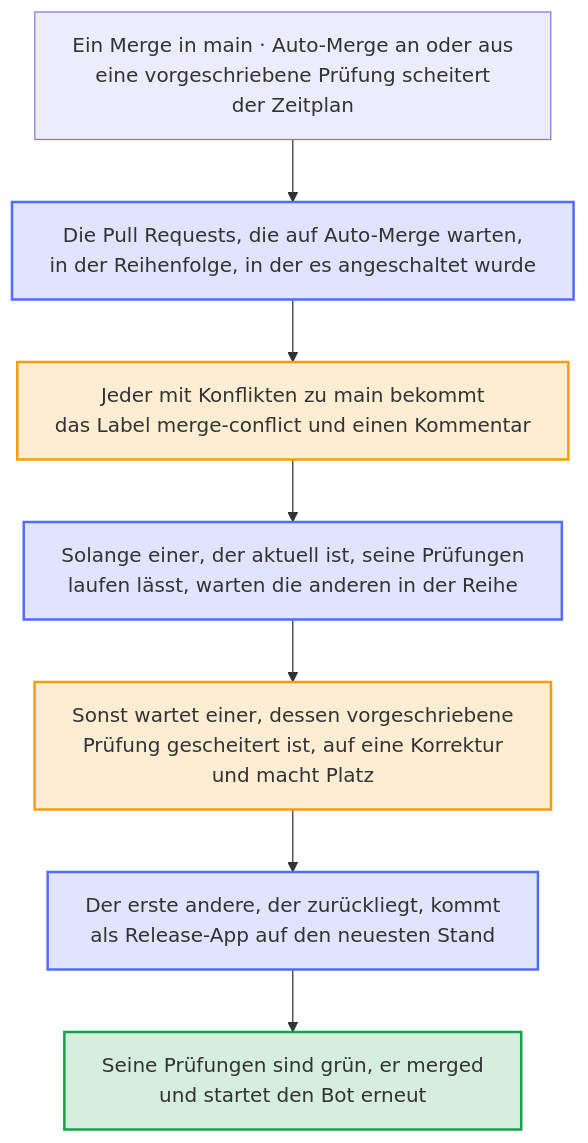
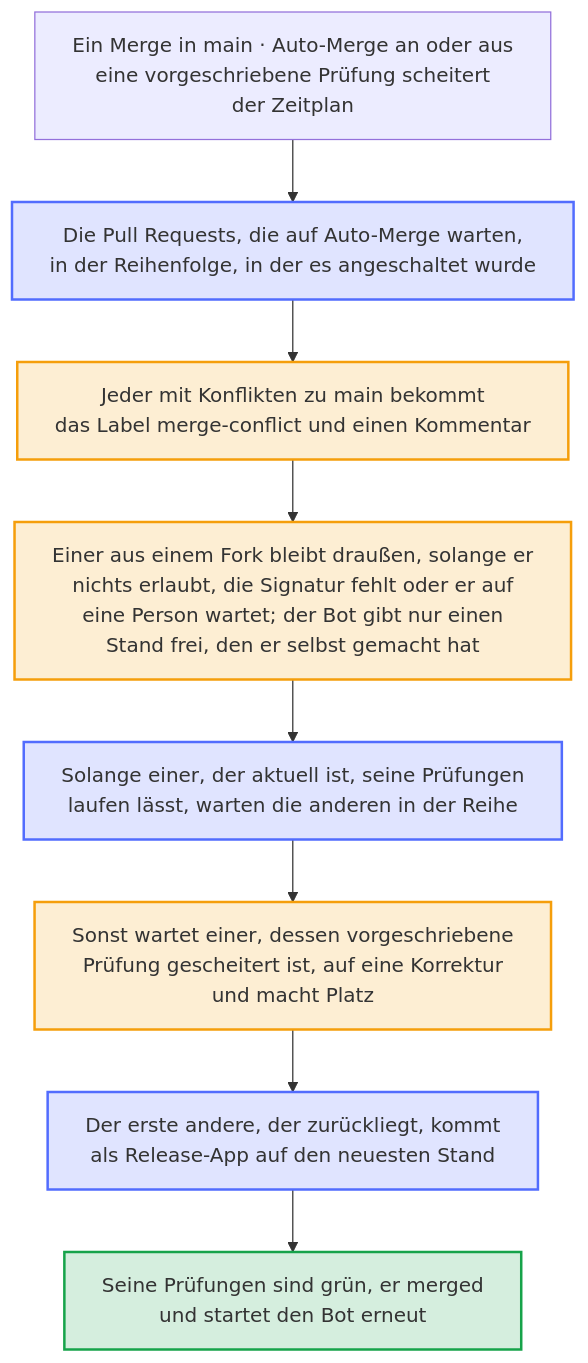
One commit to Dennis-Otto/repo-blueprint changed the diagram in docs/diagrams/the-line-of-the-branch-bot.de.mmd. Above: the diagram before and after it, drawn with Mermaid. The commit also changed 23 other files, not shown here.

```diff
--- a/docs/diagrams/the-line-of-the-branch-bot.de.mmd
+++ b/docs/diagrams/the-line-of-the-branch-bot.de.mmd
@@ -1,30 +1,32 @@
 ---
 config:
   flowchart:
     wrappingWidth: 400
 ---
 flowchart TB
     accTitle: Die Reihe des Branch-Bots
-    accDescr: Ein Merge in main, ein an- oder ausgeschaltetes Auto-Merge oder eine vorgeschriebene Prüfung eines Pull Requests, die scheitert, startet den Branch-Bot. Er nimmt die Pull Requests, die auf Auto-Merge warten, in der Reihenfolge, in der es angeschaltet wurde. Einer mit Konflikten zu main bekommt das Label merge-conflict und einen Kommentar. Solange die Prüfungen eines aktuellen laufen, warten die anderen in der Reihe. Sonst wartet einer, dessen vorgeschriebene Prüfung gescheitert ist, auf eine Korrektur, und der Bot bringt den ersten anderen, der zurückliegt, als Release-App auf den neuesten Stand. Seine Prüfungen laufen, und sobald sie grün sind, merged er, was den Bot für den nächsten erneut startet.
+    accDescr: Ein Merge in main, ein an- oder ausgeschaltetes Auto-Merge oder eine vorgeschriebene Prüfung eines Pull Requests, die scheitert, startet den Branch-Bot. Er nimmt die Pull Requests, die auf Auto-Merge warten, in der Reihenfolge, in der es angeschaltet wurde. Einer mit Konflikten zu main bekommt das Label merge-conflict und einen Kommentar. Einer aus einem Fork bleibt außerhalb der Reihe, solange sein Autor keine Änderungen durch Maintainer erlaubt, ein Commit keine geprüfte Signatur hat oder seine Läufe auf eine Person warten; der Bot gibt sie nur für einen Stand frei, den er selbst auf Commits gemacht hat, die eine Person freigegeben hat. Solange die Prüfungen eines aktuellen laufen, warten die anderen in der Reihe. Sonst wartet einer, dessen vorgeschriebene Prüfung gescheitert ist, auf eine Korrektur, und der Bot bringt den ersten anderen, der zurückliegt, als Release-App auf den neuesten Stand. Seine Prüfungen laufen, und sobald sie grün sind, merged er, was den Bot für den nächsten erneut startet.
 
     start["Ein Merge in main · Auto-Merge an oder aus<br>eine vorgeschriebene Prüfung scheitert<br>der Zeitplan"]
     line["Die Pull Requests, die auf Auto-Merge warten,<br>in der Reihenfolge, in der es angeschaltet wurde"]
     conflict["Jeder mit Konflikten zu main bekommt<br>das Label merge-conflict und einen Kommentar"]
+    fork["Einer aus einem Fork bleibt draußen, solange er<br>nichts erlaubt, die Signatur fehlt oder er auf<br>eine Person wartet; der Bot gibt nur einen<br>Stand frei, den er selbst gemacht hat"]
     flight["Solange einer, der aktuell ist, seine Prüfungen<br>laufen lässt, warten die anderen in der Reihe"]
     failed["Sonst wartet einer, dessen vorgeschriebene<br>Prüfung gescheitert ist, auf eine Korrektur<br>und macht Platz"]
     update["Der erste andere, der zurückliegt, kommt<br>als Release-App auf den neuesten Stand"]
     merge["Seine Prüfungen sind grün, er merged<br>und startet den Bot erneut"]
 
     start --> line
     line --> conflict
-    conflict --> flight
+    conflict --> fork
+    fork --> flight
     flight --> failed
     failed --> update
     update --> merge
 
     classDef bot fill:#526cfe2e,stroke:#526cfe,stroke-width:2px
     classDef person fill:#f59e0b2e,stroke:#f59e0b,stroke-width:2px
     classDef done fill:#16a34a2e,stroke:#16a34a,stroke-width:2px
     class line,flight,update bot
-    class conflict,failed person
+    class conflict,fork,failed person
     class merge done
```
